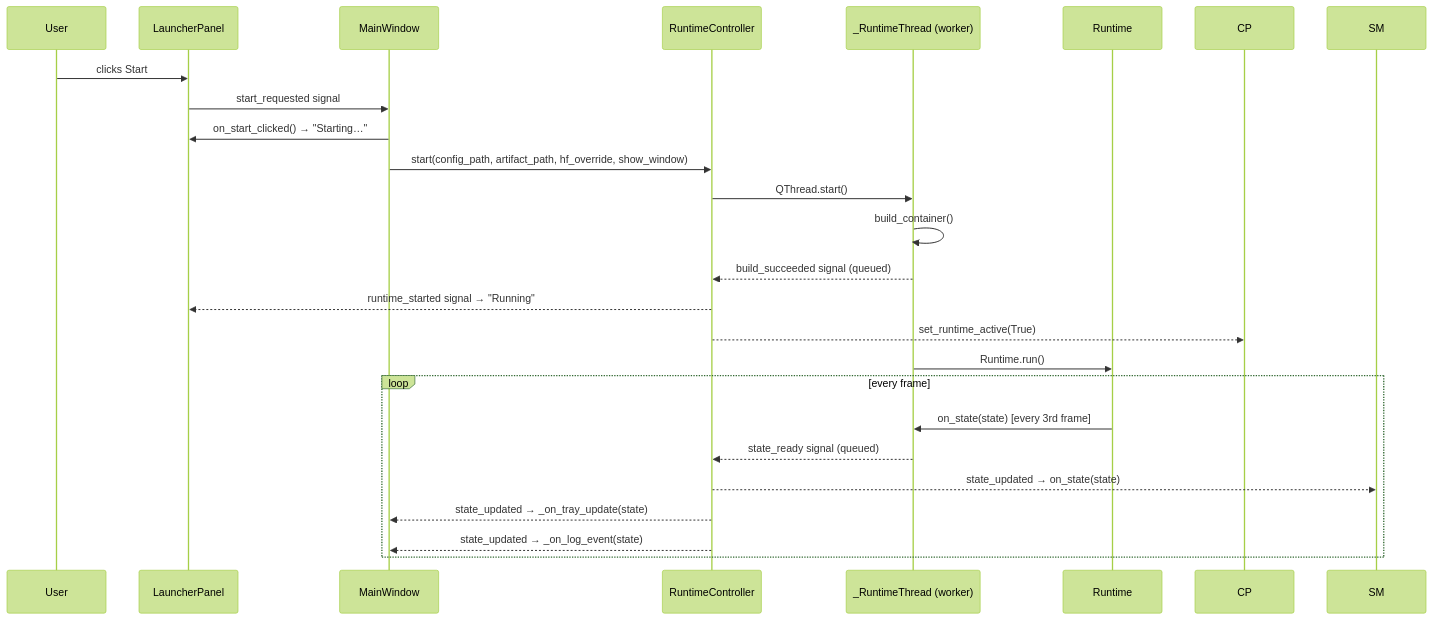
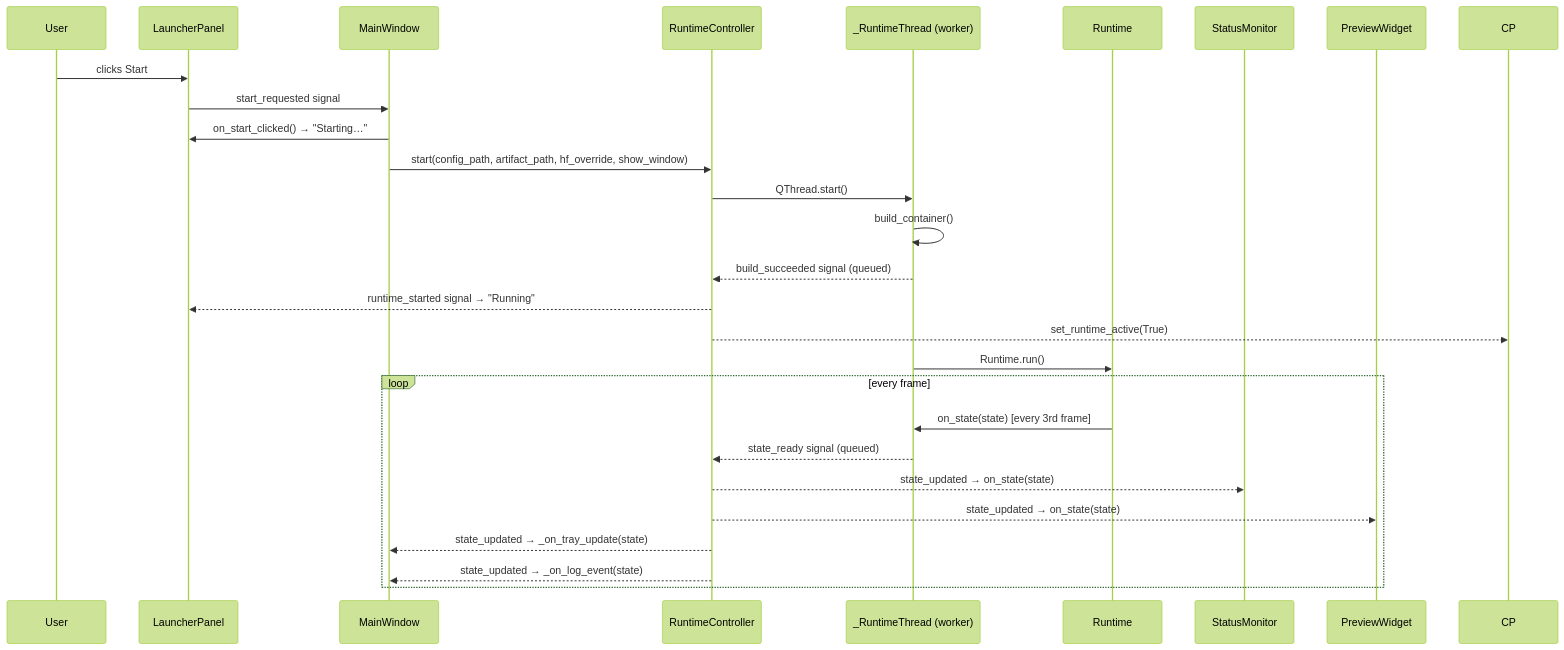
One commit to ntsrigaud/Maestro changed the second of 4 diagrams in docs/architecture/ui-view.md. Above: the diagram before and after it, drawn with Mermaid (forest theme). The commit also changed other lines of this file, not shown here.

First line of the commit message:
docs(ui): update architecture documentation for layout and preview refactor

````diff
--- a/docs/architecture/ui-view.md
+++ b/docs/architecture/ui-view.md
@@ -433,27 +517,30 @@
 ```mermaid
 sequenceDiagram
     participant User
     participant LP as LauncherPanel
     participant MW as MainWindow
     participant RC as RuntimeController
     participant WT as _RuntimeThread (worker)
     participant RM as Runtime
+    participant SM as StatusMonitor
+    participant PW as PreviewWidget
 
     User->>LP: clicks Start
     LP->>MW: start_requested signal
     MW->>LP: on_start_clicked() → "Starting…"
     MW->>RC: start(config_path, artifact_path, hf_override, show_window)
     RC->>WT: QThread.start()
     WT->>WT: build_container()
     WT-->>RC: build_succeeded signal (queued)
     RC-->>LP: runtime_started signal → "Running"
     RC-->>CP: set_runtime_active(True)
     WT->>RM: Runtime.run()
     loop every frame
         RM->>WT: on_state(state) [every 3rd frame]
         WT-->>RC: state_ready signal (queued)
         RC-->>SM: state_updated → on_state(state)
+        RC-->>PW: state_updated → on_state(state)
         RC-->>MW: state_updated → _on_tray_update(state)
         RC-->>MW: state_updated → _on_log_event(state)
     end
 ```
````
